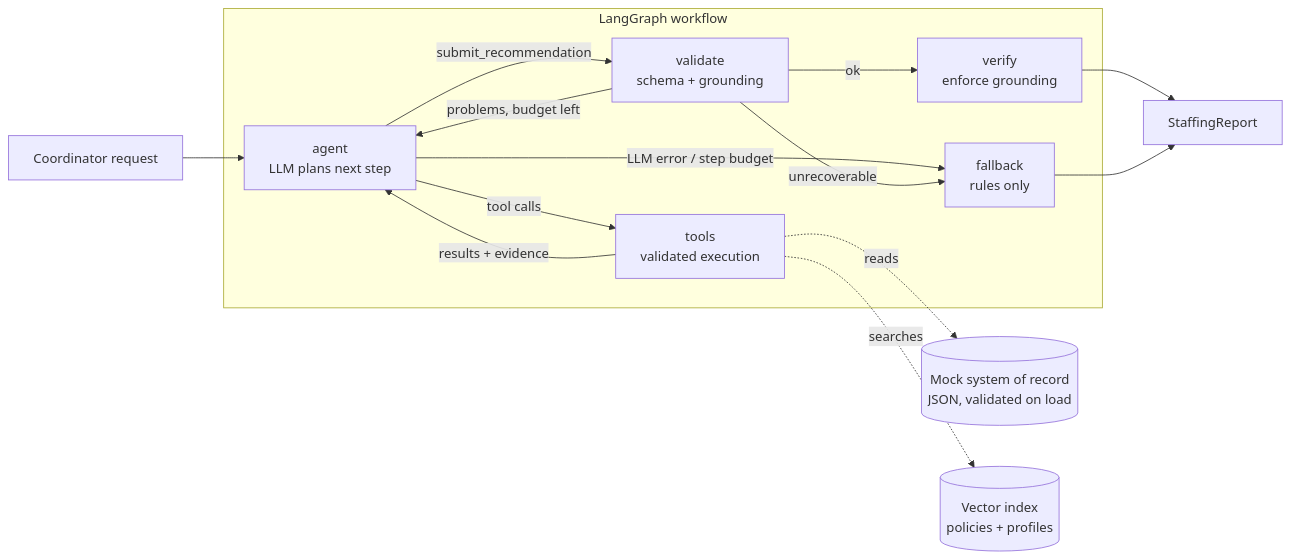
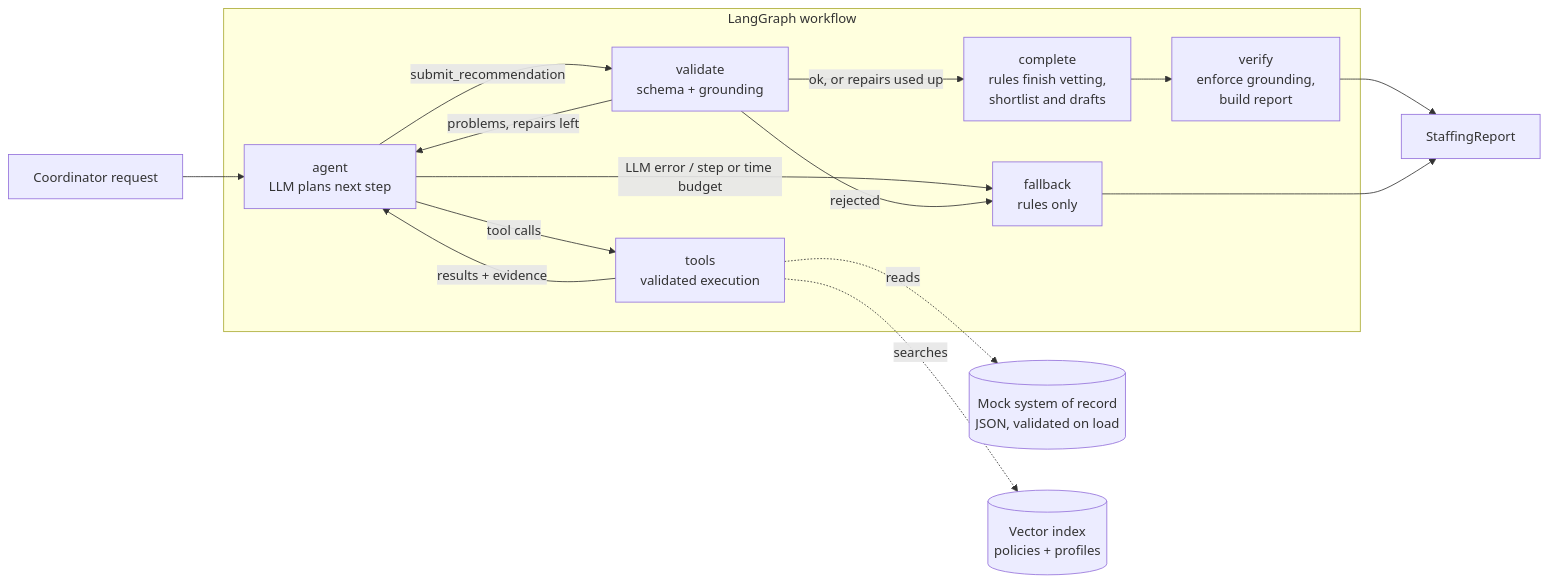
One commit to aibek-r/Shift-Fill-Assistant changed the diagram in README.md. Above: the diagram before and after it, drawn with Mermaid. The commit also changed other lines of this file and 11 other files, not shown here.

````diff
--- a/README.md
+++ b/README.md
@@ -48,17 +53,18 @@
 ```mermaid
 flowchart LR
     U[Coordinator request] --> A
     subgraph LangGraph workflow
         A[agent<br/>LLM plans next step] -->|tool calls| T[tools<br/>validated execution]
         T -->|results + evidence| A
         A -->|submit_recommendation| V[validate<br/>schema + grounding]
-        V -->|problems, budget left| A
-        V -->|ok| R[verify<br/>enforce grounding]
-        A -->|LLM error / step budget| F[fallback<br/>rules only]
-        V -->|unrecoverable| F
+        V -->|problems, repairs left| A
+        V -->|ok, or repairs used up| C[complete<br/>rules finish vetting,<br/>shortlist and drafts]
+        C --> R[verify<br/>enforce grounding,<br/>build report]
+        A -->|LLM error / step or time budget| F[fallback<br/>rules only]
+        V -->|rejected| F
     end
     R --> OUT[StaffingReport]
     F --> OUT
     T -.reads.-> DB[(Mock system of record<br/>JSON, validated on load)]
     T -.searches.-> VEC[(Vector index<br/>policies + profiles)]
 ```
````
